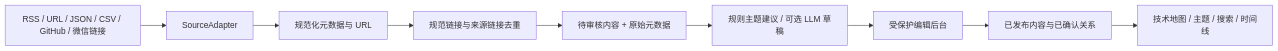
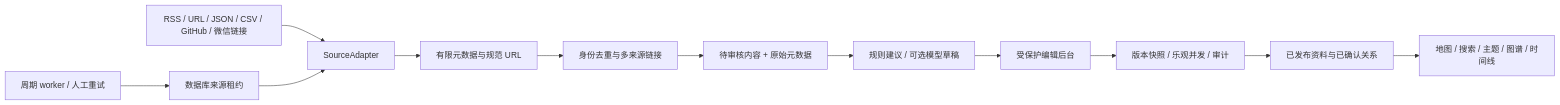
Before and after one commit to Ohmakabaka/agent-atlas: the diagram in docs/architecture.md, drawn with Mermaid. The commit also changed other lines of this file and 10 other files, not shown here.

````diff
--- a/docs/architecture.md
+++ b/docs/architecture.md
@@ -5,11 +5,14 @@
 ```mermaid
 flowchart LR
-  Source[RSS / URL / JSON / CSV / GitHub / 微信链接] --> Adapter[SourceAdapter]
-  Adapter --> Normalize[规范化元数据与 URL]
-  Normalize --> Dedupe[规范链接与来源链接去重]
+  Sources[RSS / URL / JSON / CSV / GitHub / 微信链接] --> Adapter[SourceAdapter]
+  Worker[周期 worker / 人工重试] --> Lease[数据库来源租约]
+  Lease --> Adapter
+  Adapter --> Normalize[有限元数据与规范 URL]
+  Normalize --> Dedupe[身份去重与多来源链接]
   Dedupe --> Pending[待审核内容 + 原始元数据]
-  Pending --> Suggest[规则主题建议 / 可选 LLM 草稿]
+  Pending --> Suggest[规则建议 / 可选模型草稿]
   Suggest --> Editor[受保护编辑后台]
-  Editor --> Published[已发布内容与已确认关系]
-  Published --> Public[技术地图 / 主题 / 搜索 / 时间线]
+  Editor --> History[版本快照 / 乐观并发 / 审计]
+  History --> Published[已发布资料与已确认关系]
+  Published --> Public[地图 / 搜索 / 主题 / 图谱 / 时间线]
 ```
````
